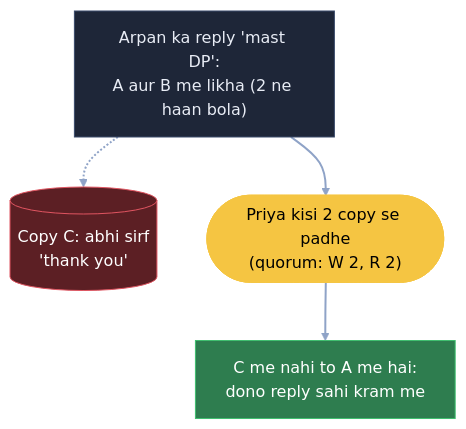
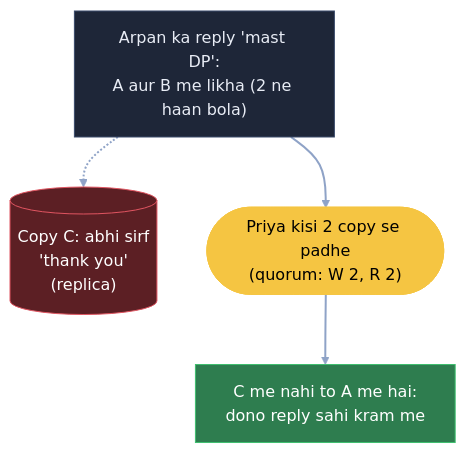
Before and after one commit to ArpanMaheshwari144/Prep: diagram 19 of 21 in 04_HLD/SYSTEM_DESIGNS/03_twitter_feed/03_twitter_feed.md, drawn with Mermaid (forest theme). The commit also changed other lines of this file and 22 other files, not shown here.

Commit message:
Diagram: sirf kahani ke dohraaye shabd pe bracket, us jagah notes wala matlab (207 label)

````diff
--- a/04_HLD/SYSTEM_DESIGNS/03_twitter_feed/03_twitter_feed.md
+++ b/04_HLD/SYSTEM_DESIGNS/03_twitter_feed/03_twitter_feed.md
@@ -707,15 +707,15 @@
 ```mermaid
 flowchart TB
     W["Arpan ka reply 'mast DP':<br/>A aur B me likha (2 ne haan bola)"]:::card
-    C[("Copy C: abhi sirf<br/>'thank you'")]:::bad
+    C[("Copy C: abhi sirf<br/>'thank you'<br/>(replica)")]:::bad
     Q(["Priya kisi 2 copy se padhe<br/>(quorum: W 2, R 2)"]):::pill
     OK["C me nahi to A me hai:<br/>dono reply sahi kram me"]:::good
     W -.-> C
     W --> Q
     Q --> OK
     linkStyle default stroke:#8fa3c7,stroke-width:2px
     classDef card fill:#1e2638,stroke:#3a4a6b,color:#e8ecf5
     classDef pill fill:#f5c542,stroke:#f5c542,color:#000
     classDef good fill:#2e7d4f,stroke:#3fbf6f,color:#fff
     classDef bad fill:#5c1f24,stroke:#e05561,color:#fff
 ```
````
